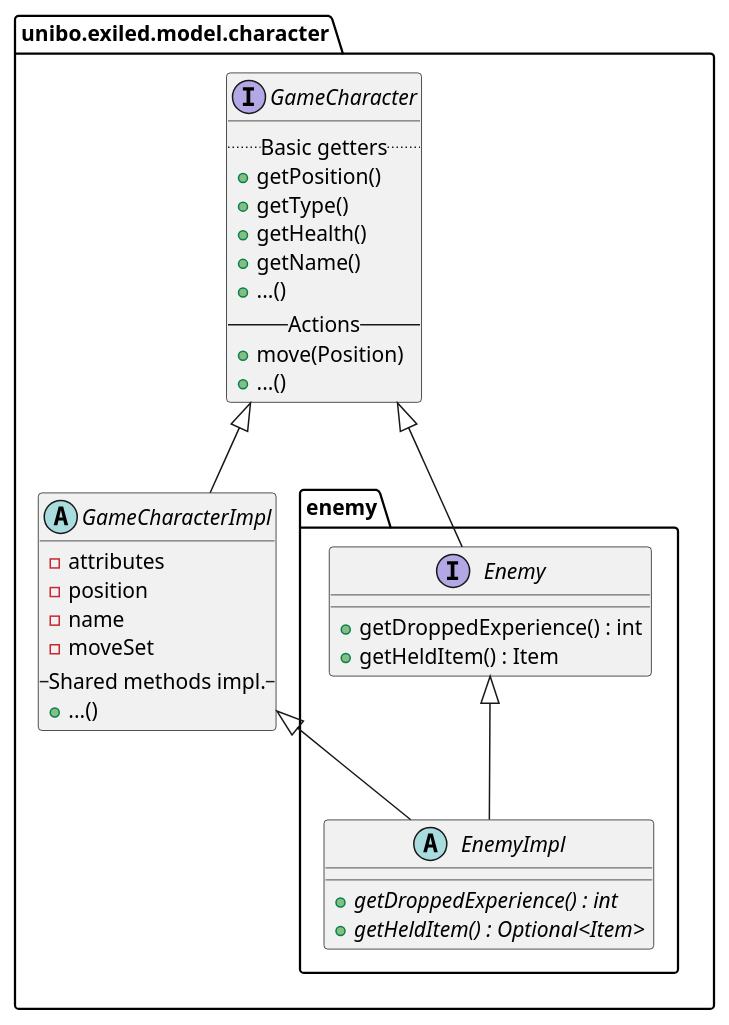
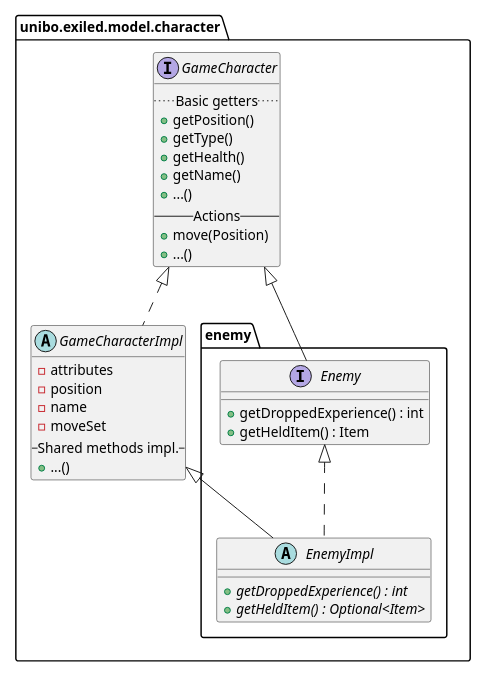
Before and after one commit to unibo-oop-projects/OOP23-Baldoni-Beylax-Casadei-MarcoMagnani03-Pazzaglia-exiled: the diagram in docs/enemy/enemy-uml.puml, drawn with PlantUML. The commit also changed 6 other files, not shown here.

```diff
--- a/docs/enemy/enemy-uml.puml
+++ b/docs/enemy/enemy-uml.puml
@@ -1,42 +1,42 @@
 @startuml
-scale 1
+scale 0.65
 set separator none
 package unibo.exiled.model.character {
     interface GameCharacter{
         .. Basic getters ..
         +getPosition()
         +getType()
         +getHealth()
         +getName()
         + ...()
         -- Actions --
         +move(Position)
         +...()
     }
     abstract class GameCharacterImpl{
         - attributes
         - position
         - name
         - moveSet
         -- Shared methods impl.--
         +...()
     }
     package enemy{
         interface Enemy{
             + getDroppedExperience() : int
             + getHeldItem() : Item
         }
         abstract class EnemyImpl{
             + {abstract} getDroppedExperience() : int
             + {abstract} getHeldItem() : Optional<Item>
         }
     }
 }
 
 
-GameCharacter <|-- GameCharacterImpl
+GameCharacter <|.. GameCharacterImpl
 GameCharacter <|-- Enemy
 GameCharacterImpl <|-- EnemyImpl
-Enemy <|-- EnemyImpl
+Enemy <|.. EnemyImpl
 
 @enduml
```
